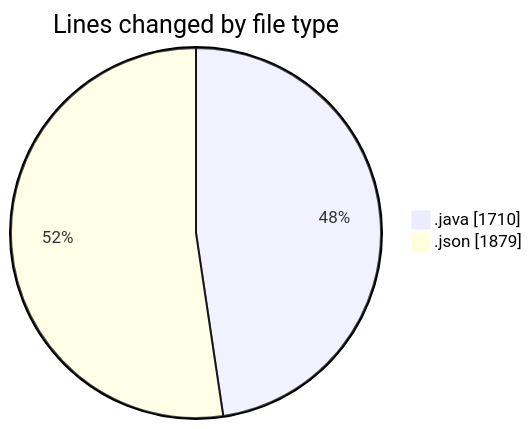
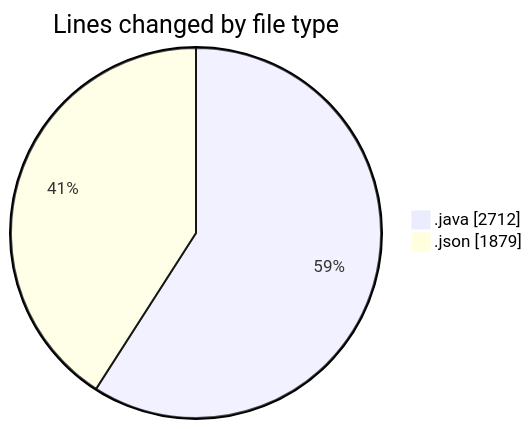
Before and after one commit to ricardozamudiocil/code-tracking: the first of 2 diagrams in 2026-03-17/cilapp/README.md, drawn with Mermaid. The commit also changed other lines of this file and 1 other file, not shown here.

````diff
--- a/2026-03-17/cilapp/README.md
+++ b/2026-03-17/cilapp/README.md
@@ -24,6 +24,6 @@
 ```mermaid
 pie showData
 title Lines changed by file type
-".java" : 1710
+".java" : 2712
 ".json" : 1879
 ```
````
